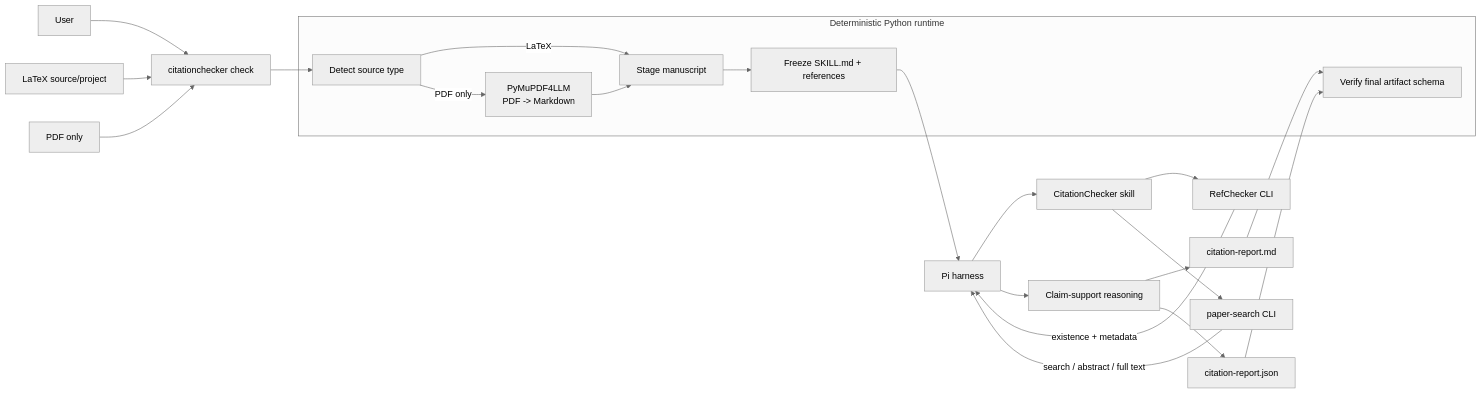
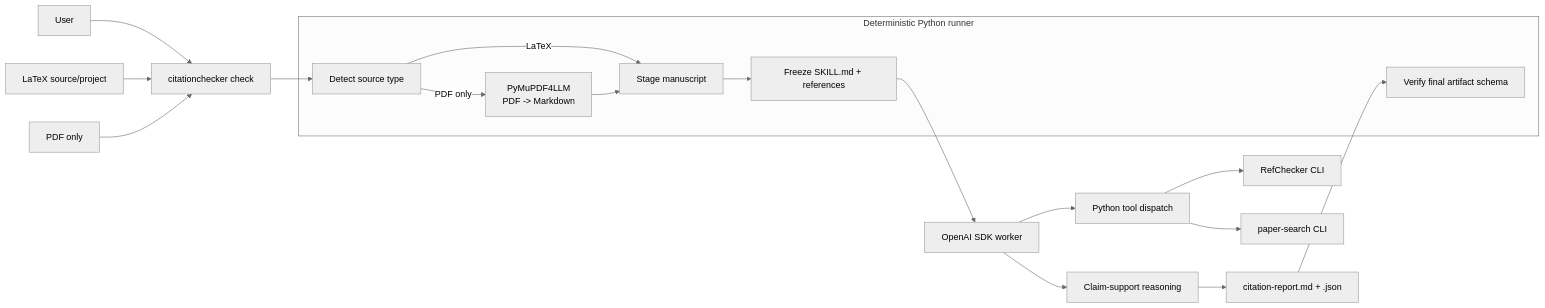
Before and after one commit to a-green-hand-jack/CitationChecker: the diagram in architecture.mmd, drawn with Mermaid (neutral theme). The commit also changed 13 other files, not shown here.

Commit message:
Replace Pi runtime with OpenAI SDK worker

```diff
--- a/architecture.mmd
+++ b/architecture.mmd
@@ -1,31 +1,22 @@
 flowchart LR
     User[User] --> CLI[citationchecker check]
     Tex[LaTeX source/project] --> CLI
     PDF[PDF only] --> CLI
-
-    subgraph Runtime[Deterministic Python runtime]
+    subgraph Runtime[Deterministic Python runner]
       Detect[Detect source type]
       Convert[PyMuPDF4LLM\nPDF -> Markdown]
       Stage[Stage manuscript]
       Freeze[Freeze SKILL.md + references]
       Gate[Verify final artifact schema]
     end
-
     CLI --> Detect
     Detect -->|LaTeX| Stage
     Detect -->|PDF only| Convert --> Stage
     Stage --> Freeze
-    Freeze --> Pi[Pi harness]
-    Pi --> Skill[CitationChecker skill]
-
-    Skill --> Ref[RefChecker CLI]
-    Ref -->|existence + metadata| Pi
-
-    Skill --> Search[paper-search CLI]
-    Search -->|search / abstract / full text| Pi
-
-    Pi --> Judge[Claim-support reasoning]
-    Judge --> Report[citation-report.md]
-    Judge --> JSON[citation-report.json]
+    Freeze --> Worker[OpenAI SDK worker]
+    Worker --> Tools[Python tool dispatch]
+    Tools --> Ref[RefChecker CLI]
+    Tools --> Search[paper-search CLI]
+    Worker --> Judge[Claim-support reasoning]
+    Judge --> Report[citation-report.md + .json]
     Report --> Gate
-    JSON --> Gate
```
